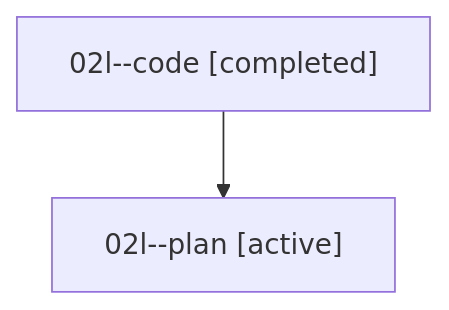
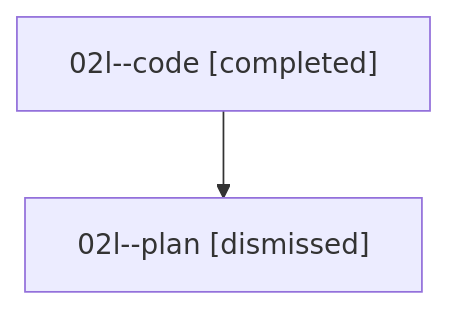
Before and after one commit to sase-org/sase--agents: the diagram in sessions/bbugyi200.athena.02l.md, drawn with Mermaid. The commit also changed other lines of this file and 25 other files, not shown here.

````diff
--- a/sessions/bbugyi200.athena.02l.md
+++ b/sessions/bbugyi200.athena.02l.md
@@ -9,6 +9,6 @@
 ```mermaid
 flowchart TD
   n0["02l--code [completed]"]
-  n1["02l--plan [active]"]
+  n1["02l--plan [dismissed]"]
   n0 --> n1
 ```
````
